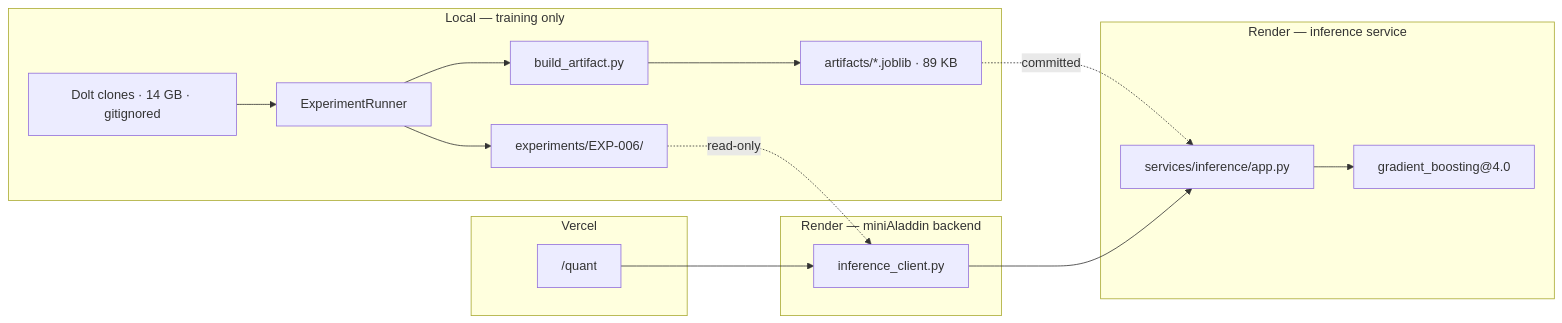
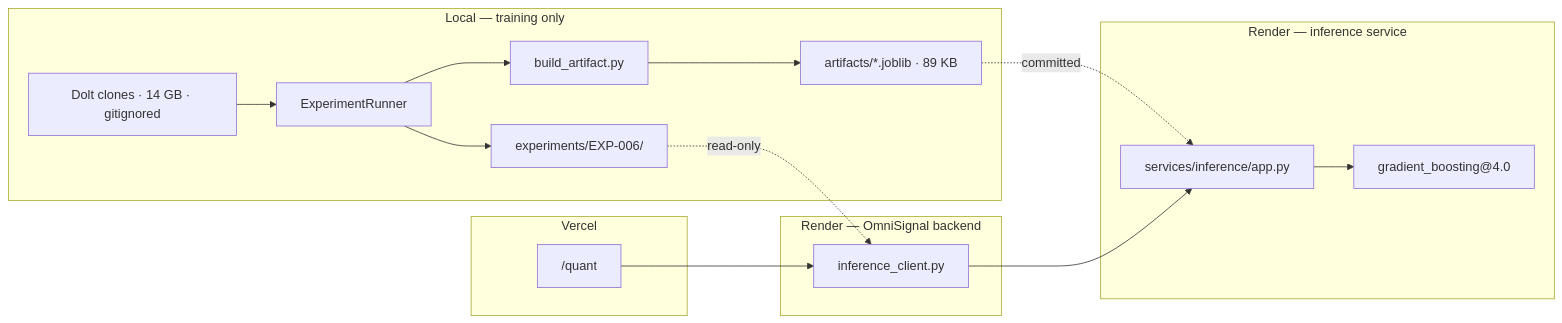
One commit to iAakash1/miniAladdin changed the fourth of 5 diagrams in docs/training.md. Above: the diagram before and after it, drawn with Mermaid. The commit also changed other lines of this file and 7 other files, not shown here.

First line of the commit message:
docs: call the product OmniSignal in architecture and reference documents

````diff
--- a/docs/training.md
+++ b/docs/training.md
@@ -268,20 +268,20 @@
 ```mermaid
 flowchart LR
     subgraph L["Local — training only"]
         D["Dolt clones · 14 GB · gitignored"] --> R["ExperimentRunner"]
         R --> A["experiments/EXP-006/"]
         R --> B["build_artifact.py"] --> AR["artifacts/*.joblib · 89 KB"]
     end
     subgraph V["Vercel"]
         Q["/quant"]
     end
-    subgraph API["Render — miniAladdin backend"]
+    subgraph API["Render — OmniSignal backend"]
         C["inference_client.py"]
     end
     subgraph INF["Render — inference service"]
         S["services/inference/app.py"] --> M["gradient_boosting@4.0"]
     end
     AR -.->|committed| S
     Q --> C --> S
     A -.->|read-only| C
 ```
````
